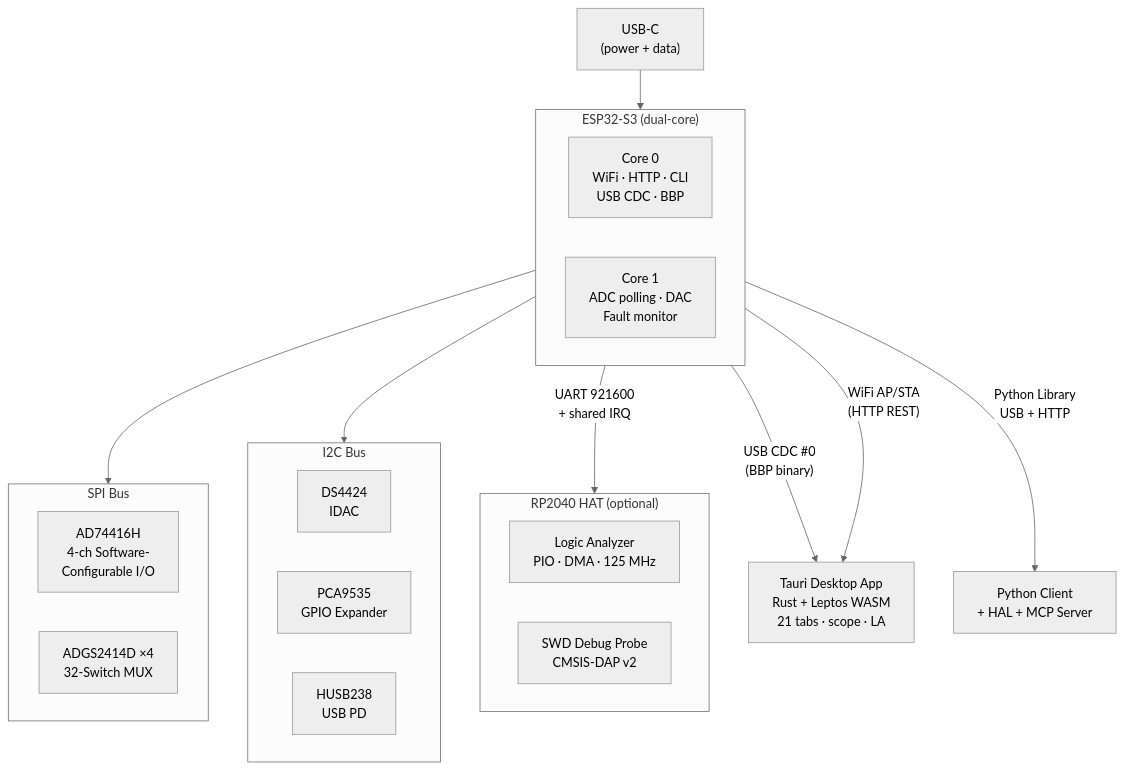
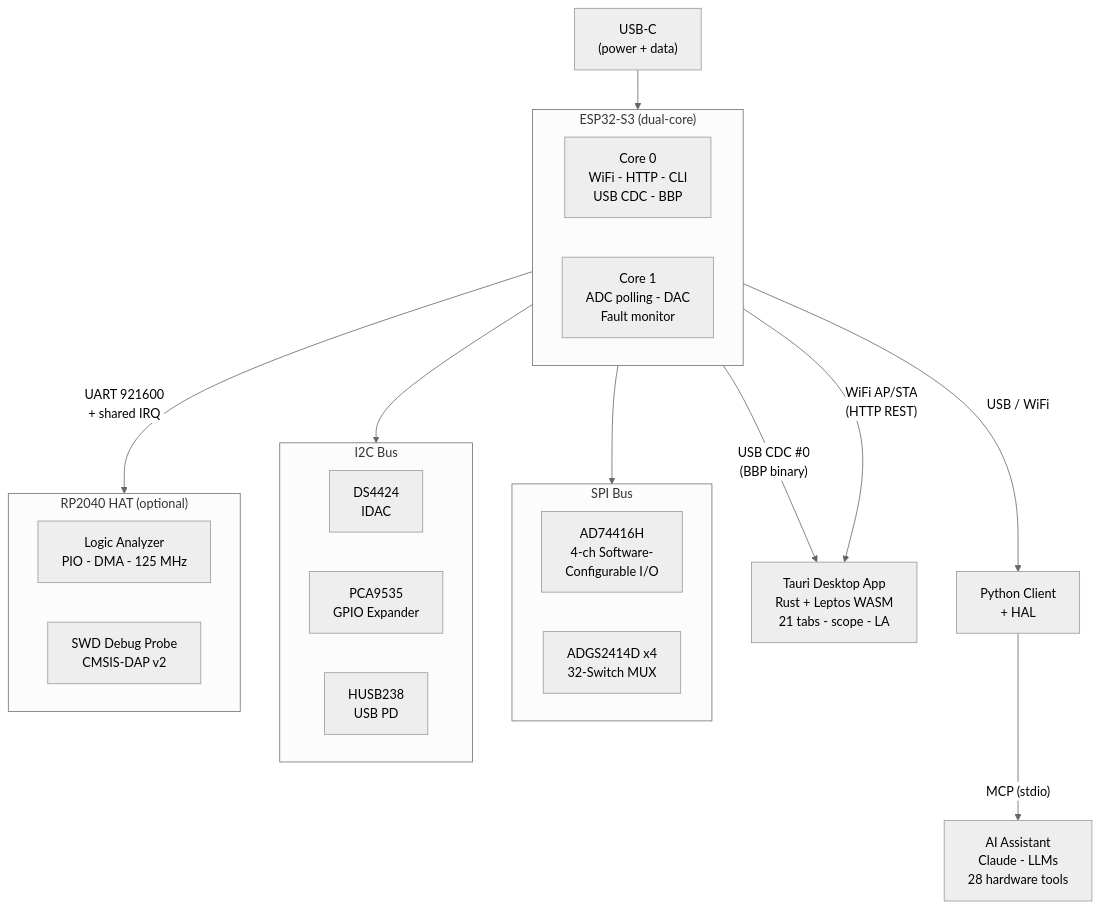
Before and after one commit to lollokara/BugBuster: the diagram in README.md, drawn with Mermaid (neutral theme). The commit also changed other lines of this file, not shown here.

````diff
--- a/README.md
+++ b/README.md
@@ -149,35 +333,36 @@
 ```mermaid
 flowchart TB
   USB["USB-C\n(power + data)"] --> ESP32
 
   subgraph ESP32["ESP32-S3 (dual-core)"]
     direction LR
-    C0["Core 0\nWiFi · HTTP · CLI\nUSB CDC · BBP"]
-    C1["Core 1\nADC polling · DAC\nFault monitor"]
+    C0["Core 0\nWiFi - HTTP - CLI\nUSB CDC - BBP"]
+    C1["Core 1\nADC polling - DAC\nFault monitor"]
   end
 
   subgraph SPI["SPI Bus"]
     ADC["AD74416H\n4-ch Software-\nConfigurable I/O"]
-    MUX["ADGS2414D ×4\n32-Switch MUX"]
+    MUX["ADGS2414D x4\n32-Switch MUX"]
   end
 
   subgraph I2C["I2C Bus"]
     IDAC["DS4424\nIDAC"]
     PCA["PCA9535\nGPIO Expander"]
     PD["HUSB238\nUSB PD"]
   end
 
   subgraph HAT["RP2040 HAT (optional)"]
     direction LR
-    LA["Logic Analyzer\nPIO · DMA · 125 MHz"]
+    LA["Logic Analyzer\nPIO - DMA - 125 MHz"]
     SWD["SWD Debug Probe\nCMSIS-DAP v2"]
   end
 
   ESP32 --> SPI
   ESP32 --> I2C
   ESP32 -->|"UART 921600\n+ shared IRQ"| HAT
 
-  ESP32 -->|"USB CDC #0\n(BBP binary)"| APP["Tauri Desktop App\nRust + Leptos WASM\n21 tabs · scope · LA"]
+  ESP32 -->|"USB CDC #0\n(BBP binary)"| APP["Tauri Desktop App\nRust + Leptos WASM\n21 tabs - scope - LA"]
   ESP32 -->|"WiFi AP/STA\n(HTTP REST)"| APP
-  ESP32 -->|"Python Library\nUSB + HTTP"| PY["Python Client\n+ HAL + MCP Server"]
+  ESP32 -->|"USB / WiFi"| PY["Python Client\n+ HAL"]
+  PY -->|"MCP (stdio)"| AI["AI Assistant\nClaude - LLMs\n28 hardware tools"]
 ```
````
